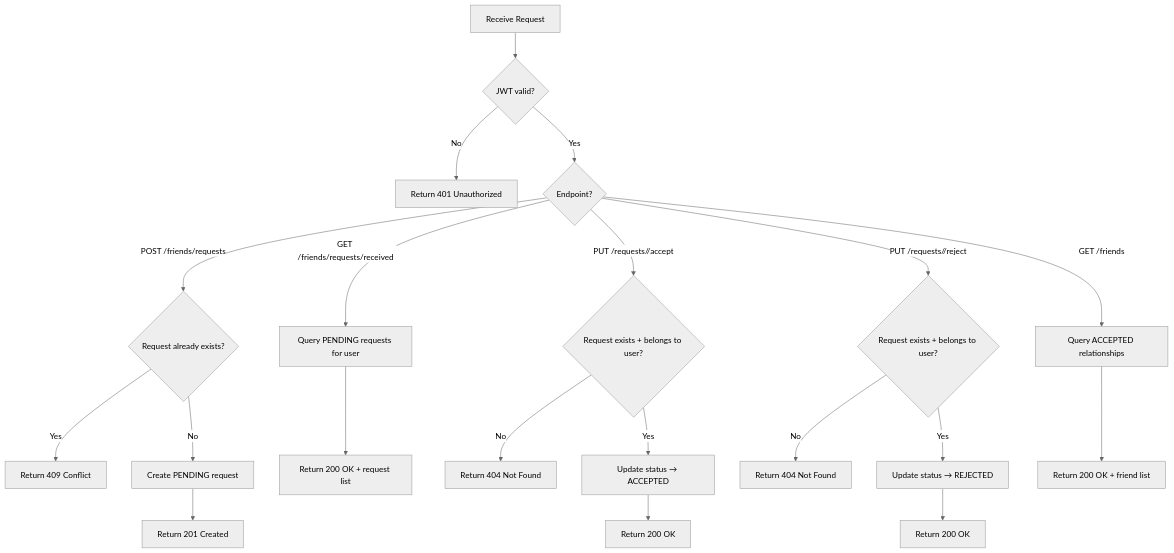
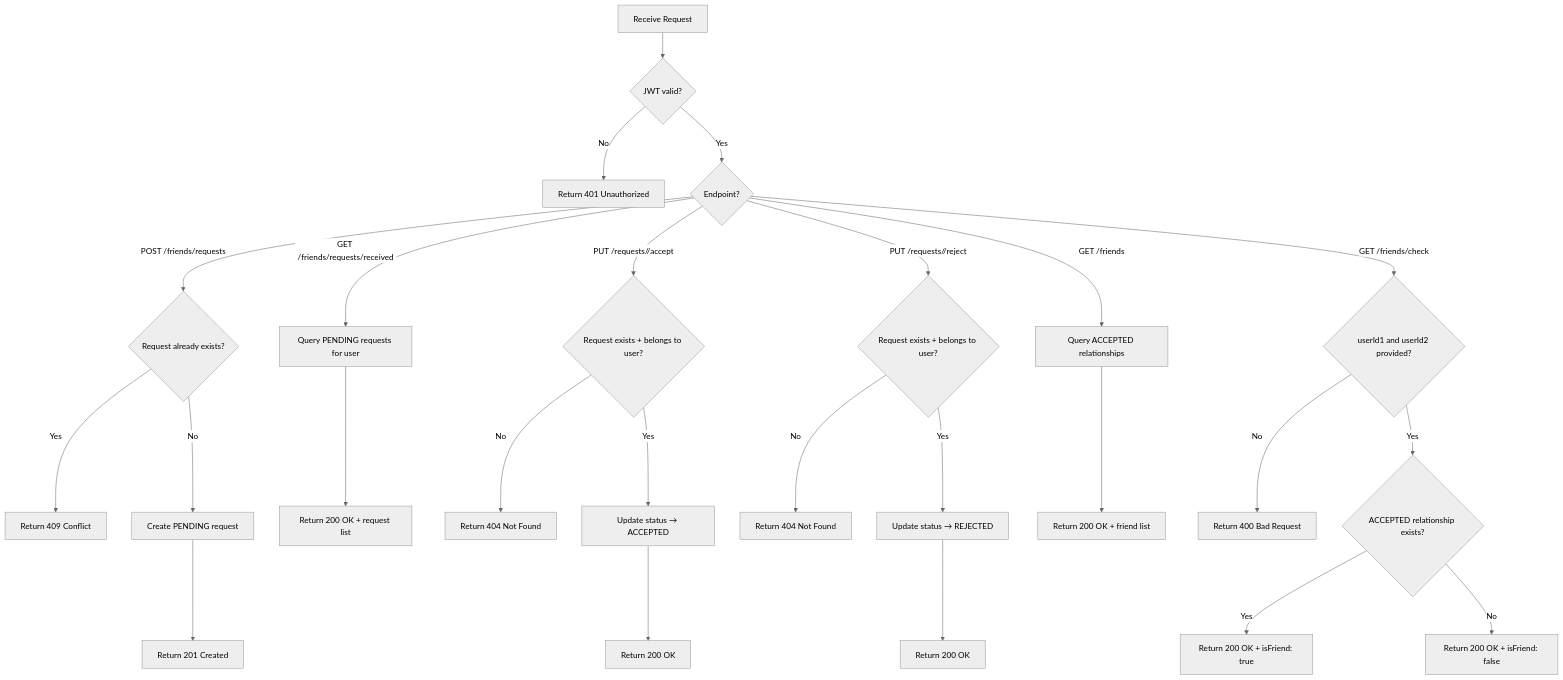
One commit to HiepNguyen284/chatapp-microservice changed the fourth of 5 diagrams in docs/analysis-and-design.md. Above: the diagram before and after it, drawn with Mermaid (neutral theme). The commit also changed other lines of this file and 4 other files, not shown here.

````diff
--- a/docs/analysis-and-design.md
+++ b/docs/analysis-and-design.md
@@ -320,27 +323,33 @@
 ```mermaid
 flowchart TD
     A[Receive Request] --> B{JWT valid?}
     B -->|No| B1[Return 401 Unauthorized]
     B -->|Yes| C{Endpoint?}
 
     C -->|POST /friends/requests| D{Request already exists?}
     D -->|Yes| D1[Return 409 Conflict]
     D -->|No| D2[Create PENDING request]
     D2 --> D3[Return 201 Created]
 
     C -->|GET /friends/requests/received| H[Query PENDING requests for user]
     H --> H1[Return 200 OK + request list]
 
     C -->|PUT /requests/<id>/accept| E{Request exists + belongs to user?}
     E -->|No| E1[Return 404 Not Found]
     E -->|Yes| E2[Update status → ACCEPTED]
     E2 --> E3[Return 200 OK]
 
     C -->|PUT /requests/<id>/reject| F{Request exists + belongs to user?}
     F -->|No| F1[Return 404 Not Found]
     F -->|Yes| F2[Update status → REJECTED]
     F2 --> F3[Return 200 OK]
 
     C -->|GET /friends| G[Query ACCEPTED relationships]
     G --> G1[Return 200 OK + friend list]
+
+    C -->|GET /friends/check| I{userId1 and userId2 provided?}
+    I -->|No| I1[Return 400 Bad Request]
+    I -->|Yes| I2{ACCEPTED relationship exists?}
+    I2 -->|Yes| I3[Return 200 OK + isFriend: true]
+    I2 -->|No| I4[Return 200 OK + isFriend: false]
 ```
````
